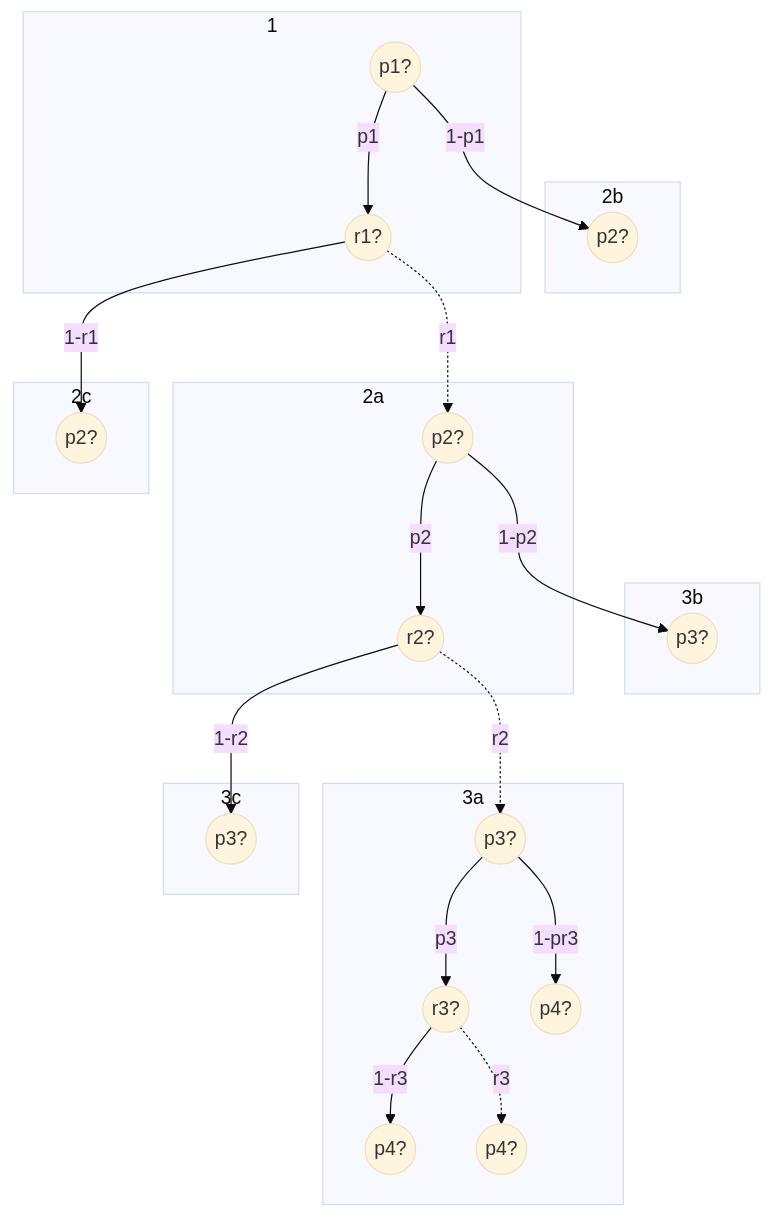
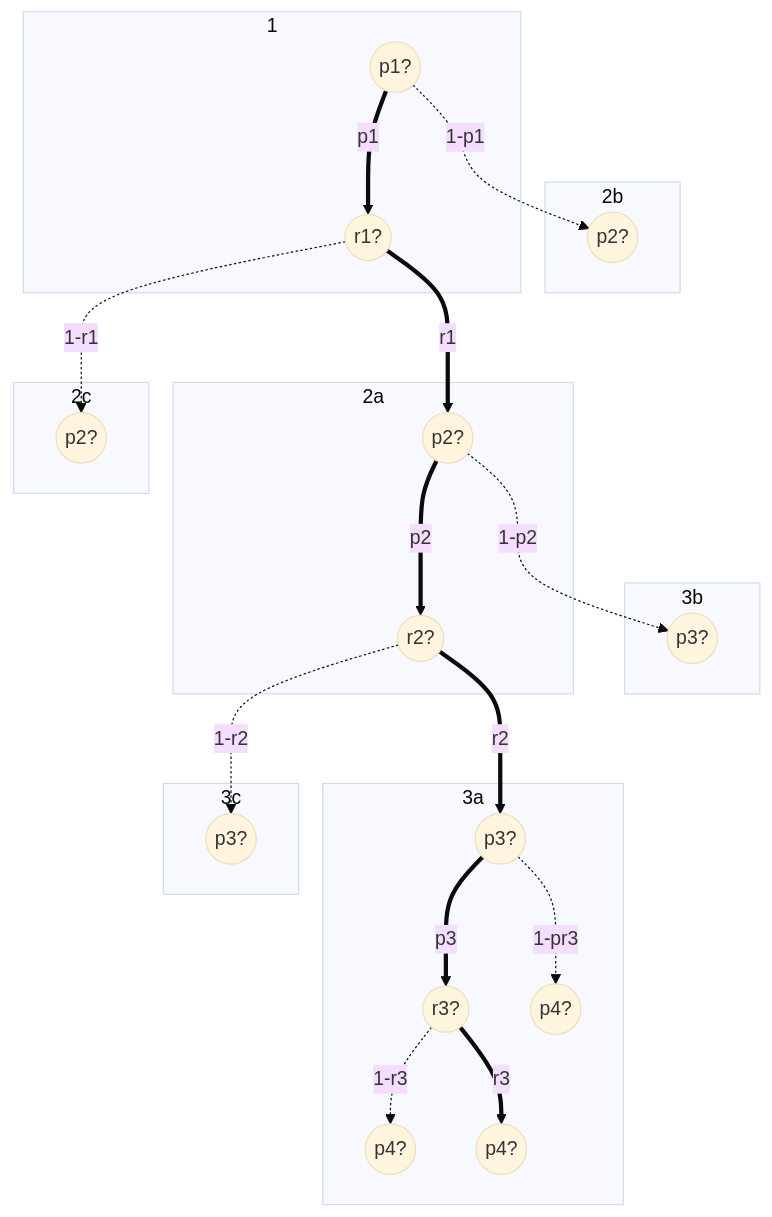
One commit to bfeitknecht/vault changed the third of 6 diagrams in vault/sem2/AuW/UE/cx/bf/cx07-bf.md. Above: the diagram before and after it, drawn with Mermaid (base theme).

Commit message:
vault backup: 2024-05-06 14:51:07 from MacBook Pro (echo)
Affected files:
vault/sem2/AuW/UE/cx/bf/cx07-bf.md

````diff
--- a/vault/sem2/AuW/UE/cx/bf/cx07-bf.md
+++ b/vault/sem2/AuW/UE/cx/bf/cx07-bf.md
@@ -82,65 +82,65 @@
 ```mermaid
 flowchart TD
 
 
 
 
 
 subgraph 3a
 id9((p3?))
 id10((r3?))
 
 id11((p4?))
 id12((p4?))
 id13((p4?))
 
-id9-->|"1-pr3"|id11
-id9-->|"p3"|id10
-id10-->|"1-r3"|id12
-id10-.->|"r3"|id13
+id9-.->|"1-pr3"|id11
+id9==>|"p3"|id10
+id10-.->|"1-r3"|id12
+id10==>|"r3"|id13
 end
 
 subgraph 3b
 id7((p3?))
 end
 
 subgraph 3c
 id8((p3?))
 end
 
 
 
 
 subgraph 2a
 id5((p2?))
 id6((r2?))
 
-id5-->|"1-p2"|id7
-id5-->|"p2"|id6
-id6-->|"1-r2"|id8
-id6-.->|"r2"|id9
+id5-.->|"1-p2"|id7
+id5==>|"p2"|id6
+id6-.->|"1-r2"|id8
+id6==>|"r2"|id9
 end
 
 subgraph 2b
 id3((p2?))
 end
 
 subgraph 2c
 id4((p2?))
 end
 
 
 
 subgraph 1
 id1((p1?))
 id2((r1?))
 
-id1-->|"1-p1"|id3
-id1-->|"p1"|id2
-id2-->|"1-r1"|id4
-id2-.->|"r1"|id5
+id1-.->|"1-p1"|id3
+id1==>|"p1"|id2
+id2-.->|"1-r1"|id4
+id2==>|"r1"|id5
 end
 
 
 
 ```
````
